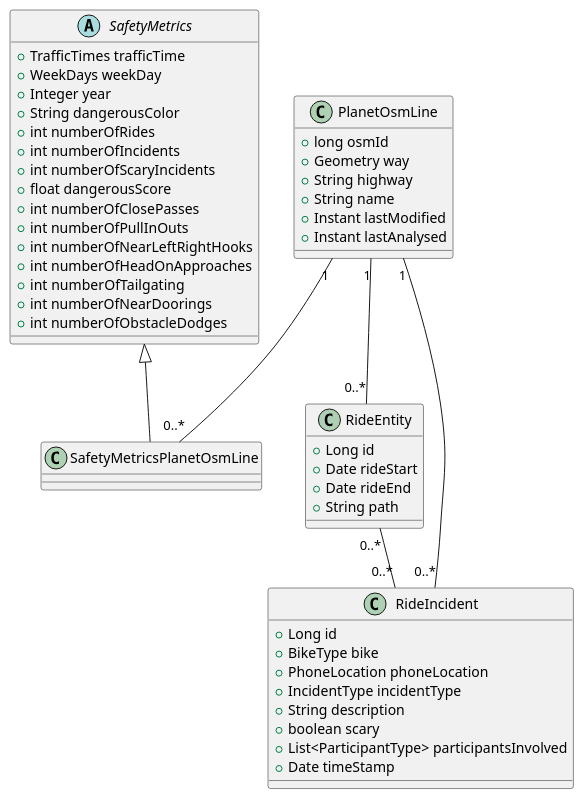
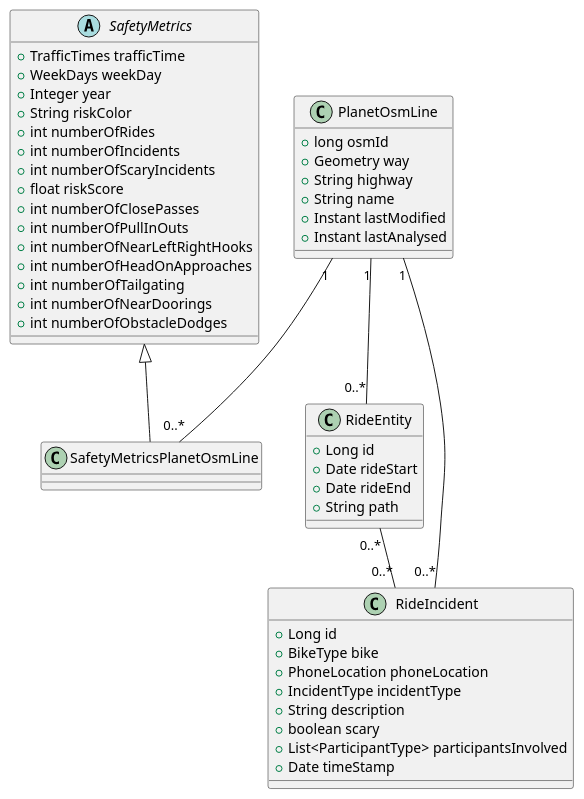
Before and after one commit to KonsumGandalf/simra: the diagram in documentation/uml/AnalysisOsmSegmentEntityClass.puml, drawn with PlantUML. The commit also changed 14 other files, not shown here.

```diff
--- a/documentation/uml/AnalysisOsmSegmentEntityClass.puml
+++ b/documentation/uml/AnalysisOsmSegmentEntityClass.puml
@@ -1,58 +1,58 @@
 @startuml
 
 abstract class SafetyMetrics {
   +TrafficTimes trafficTime
   +WeekDays weekDay
   +Integer year
-  +String dangerousColor
+  +String riskColor
   +int numberOfRides
   +int numberOfIncidents
   +int numberOfScaryIncidents
-  +float dangerousScore
+  +float riskScore
   +int numberOfClosePasses
   +int numberOfPullInOuts
   +int numberOfNearLeftRightHooks
   +int numberOfHeadOnApproaches
   +int numberOfTailgating
   +int numberOfNearDoorings
   +int numberOfObstacleDodges
 }
 
 class SafetyMetricsPlanetOsmLine {
 }
 
 SafetyMetrics <|-- SafetyMetricsPlanetOsmLine
 
 class PlanetOsmLine {
   +long osmId
   +Geometry way
   +String highway
   +String name
   +Instant lastModified
   +Instant lastAnalysed
 }
 
 class RideEntity {
   +Long id
   +Date rideStart
   +Date rideEnd
   +String path
 }
 
 class RideIncident {
   +Long id
   +BikeType bike
   +PhoneLocation phoneLocation
   +IncidentType incidentType
   +String description
   +boolean scary
   +List<ParticipantType> participantsInvolved
   +Date timeStamp
 }
 
 PlanetOsmLine "1" -- "0..*" SafetyMetricsPlanetOsmLine
 PlanetOsmLine "1" -- "0..*" RideIncident
 PlanetOsmLine "1" -- "0..*" RideEntity
 RideEntity "0..*" -- "0..*" RideIncident
 
 @enduml
```
